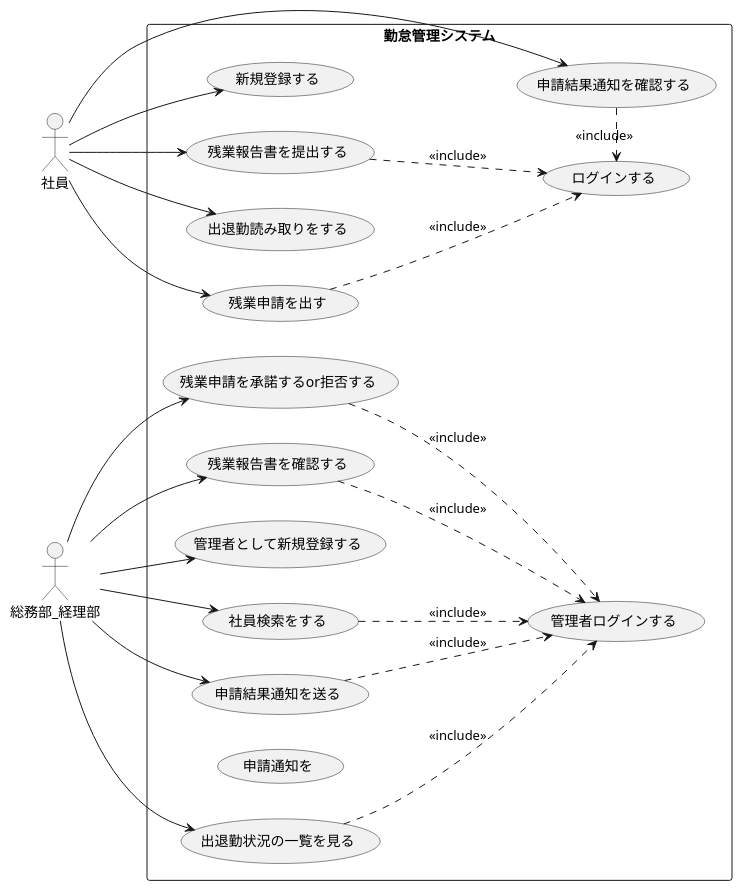
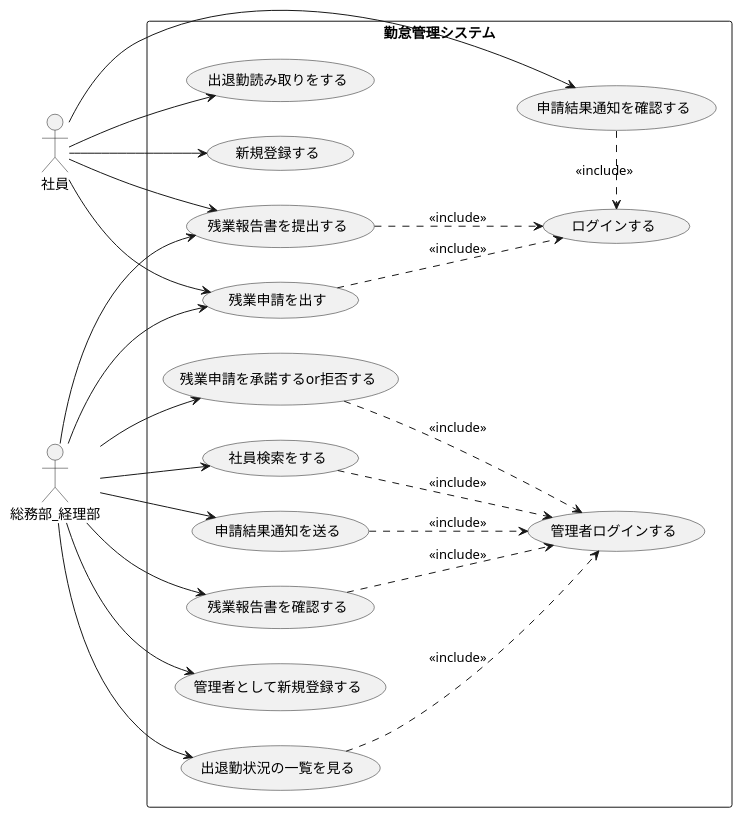
One commit to isio2/uml-introduction changed the diagram in 勤怠管理システム演習.pu. Above: the diagram before and after it, drawn with PlantUML. The commit also changed 1 other file, not shown here.

```diff
--- a/勤怠管理システム演習.pu
+++ b/勤怠管理システム演習.pu
@@ -1,40 +1,41 @@
 @startuml ユースケース図
 left to right direction
 actor 社員
 actor 総務部_経理部
 rectangle 勤怠管理システム{
 usecase 出退勤読み取りをする
 usecase 残業申請を出す
 usecase 残業申請を承諾するor拒否する
 usecase 出退勤状況の一覧を見る
 usecase 残業報告書を提出する
 usecase 残業報告書を確認する
 usecase ログインする
 usecase 管理者ログインする
 usecase 新規登録する
 usecase 管理者として新規登録する
 usecase 社員検索をする
-usecase 申請通知を
 usecase 申請結果通知を送る
 usecase 申請結果通知を確認する
 }
 社員-->出退勤読み取りをする
 社員-->残業申請を出す
 社員-left->残業報告書を提出する
 社員-->新規登録する
 社員-left->申請結果通知を確認する
 総務部_経理部-->残業報告書を確認する
 総務部_経理部-->残業申請を承諾するor拒否する
 総務部_経理部-->管理者として新規登録する
 総務部_経理部-left->出退勤状況の一覧を見る
 総務部_経理部-->社員検索をする
 総務部_経理部-->申請結果通知を送る
+総務部_経理部-->残業申請を出す
+総務部_経理部-->残業報告書を提出する
 社員検索をする-.>管理者ログインする:<<include>>
 申請結果通知を確認する.>ログインする:<<include>>
 申請結果通知を送る-.>管理者ログインする:<<include>>
 出退勤状況の一覧を見る-.>管理者ログインする:<<include>>
 残業申請を出す-.>ログインする:<<include>>
 残業申請を承諾するor拒否する-.>管理者ログインする:<<include>>
 残業報告書を提出する-.>ログインする:<<include>>
 残業報告書を確認する-.>管理者ログインする:<<include>>
 @enduml
```
